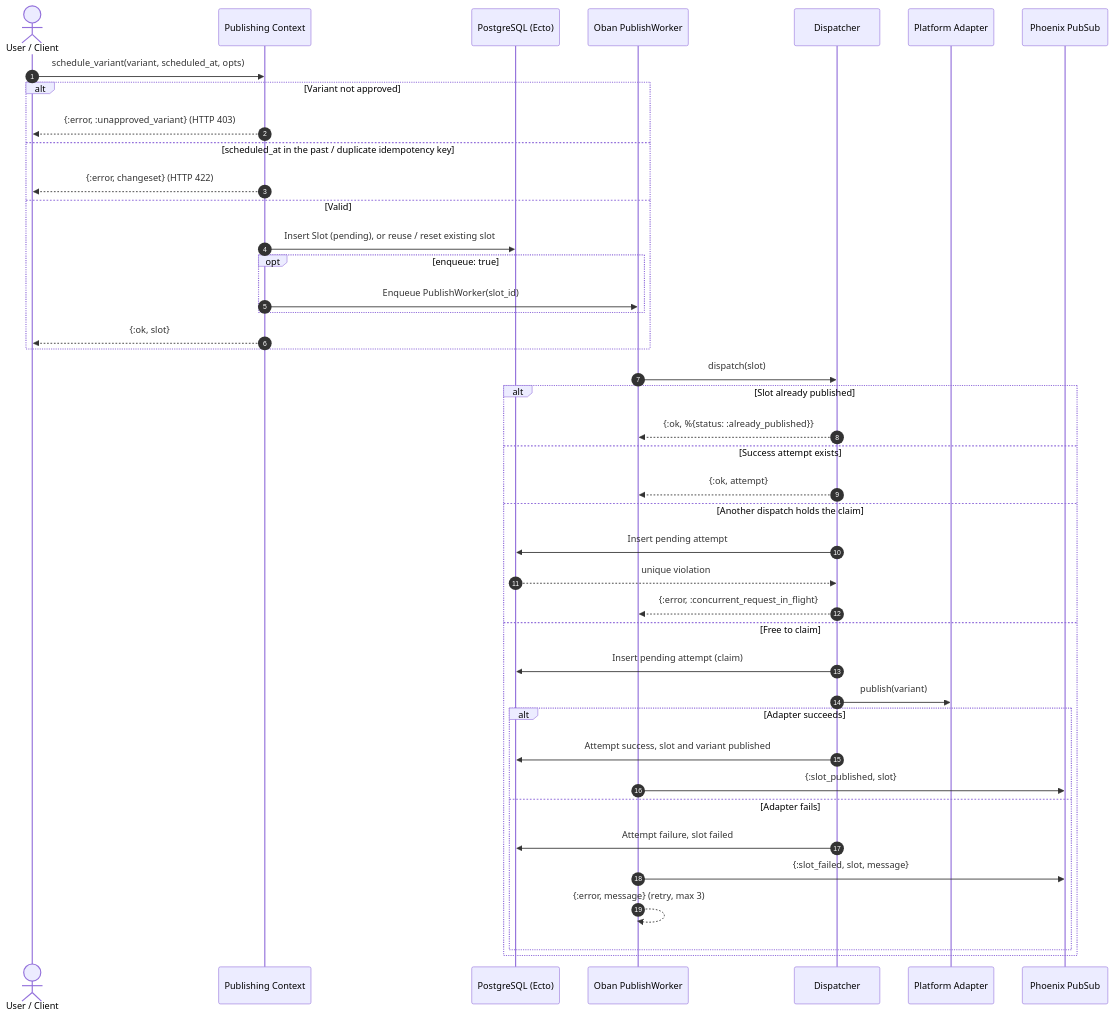
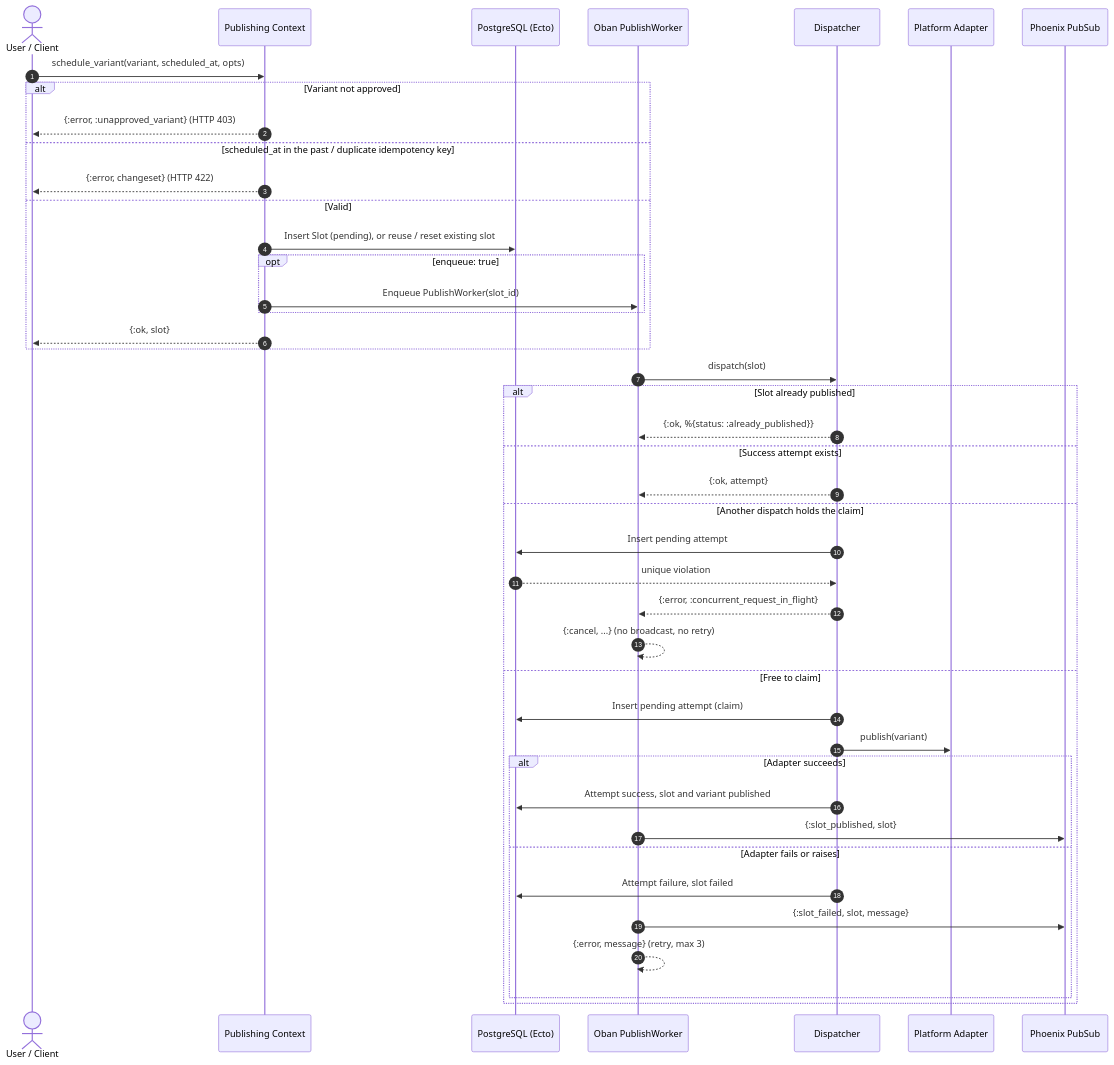
Before and after one commit to notSmart-Fr/flyrank-capstone-social-studio: the diagram in guides/publishing_and_dispatch.md, drawn with Mermaid. The commit also changed other lines of this file and 9 other files, not shown here.

````diff
--- a/guides/publishing_and_dispatch.md
+++ b/guides/publishing_and_dispatch.md
@@ -18,46 +18,47 @@
 ```mermaid
 sequenceDiagram
     autonumber
     actor User as User / Client
     participant Pub as Publishing Context
     participant Repo as PostgreSQL (Ecto)
     participant Oban as Oban PublishWorker
     participant Disp as Dispatcher
     participant Adapter as Platform Adapter
     participant PubSub as Phoenix PubSub
 
     User->>Pub: schedule_variant(variant, scheduled_at, opts)
     alt Variant not approved
         Pub-->>User: {:error, :unapproved_variant} (HTTP 403)
     else scheduled_at in the past / duplicate idempotency key
         Pub-->>User: {:error, changeset} (HTTP 422)
     else Valid
         Pub->>Repo: Insert Slot (pending), or reuse / reset existing slot
         opt enqueue: true
             Pub->>Oban: Enqueue PublishWorker(slot_id)
         end
         Pub-->>User: {:ok, slot}
     end
 
     Oban->>Disp: dispatch(slot)
     alt Slot already published
         Disp-->>Oban: {:ok, %{status: :already_published}}
     else Success attempt exists
         Disp-->>Oban: {:ok, attempt}
     else Another dispatch holds the claim
         Disp->>Repo: Insert pending attempt
         Repo-->>Disp: unique violation
         Disp-->>Oban: {:error, :concurrent_request_in_flight}
+        Oban-->>Oban: {:cancel, ...} (no broadcast, no retry)
     else Free to claim
         Disp->>Repo: Insert pending attempt (claim)
         Disp->>Adapter: publish(variant)
         alt Adapter succeeds
             Disp->>Repo: Attempt success, slot and variant published
             Oban->>PubSub: {:slot_published, slot}
-        else Adapter fails
+        else Adapter fails or raises
             Disp->>Repo: Attempt failure, slot failed
             Oban->>PubSub: {:slot_failed, slot, message}
             Oban-->>Oban: {:error, message} (retry, max 3)
         end
     end
 ```
````
